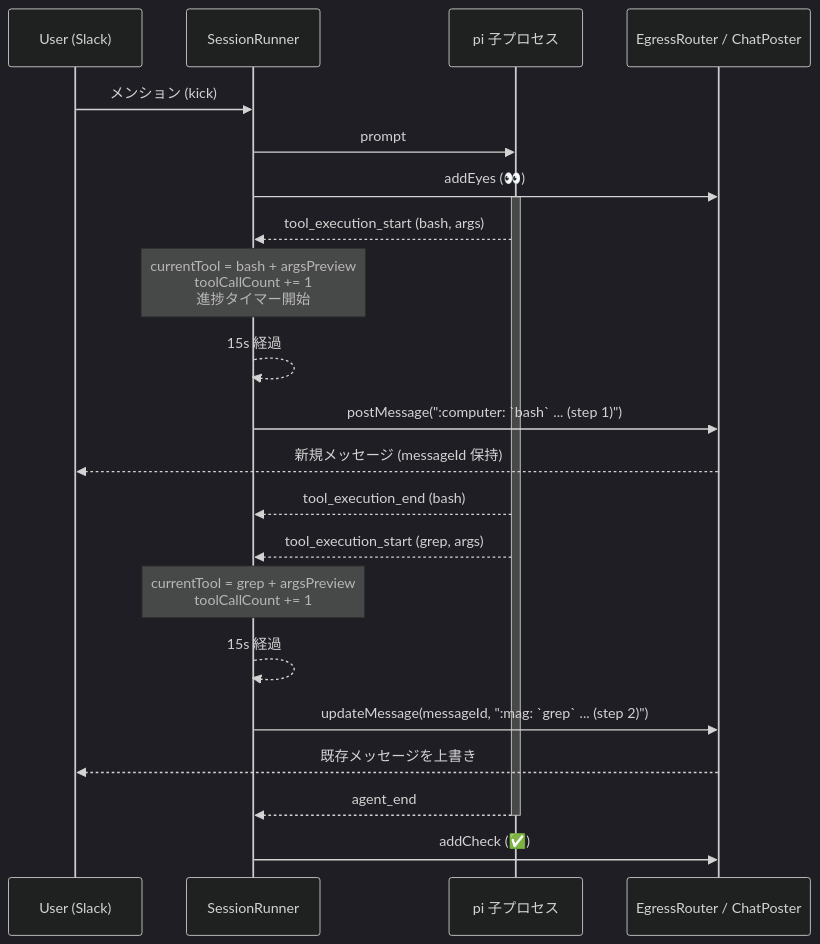
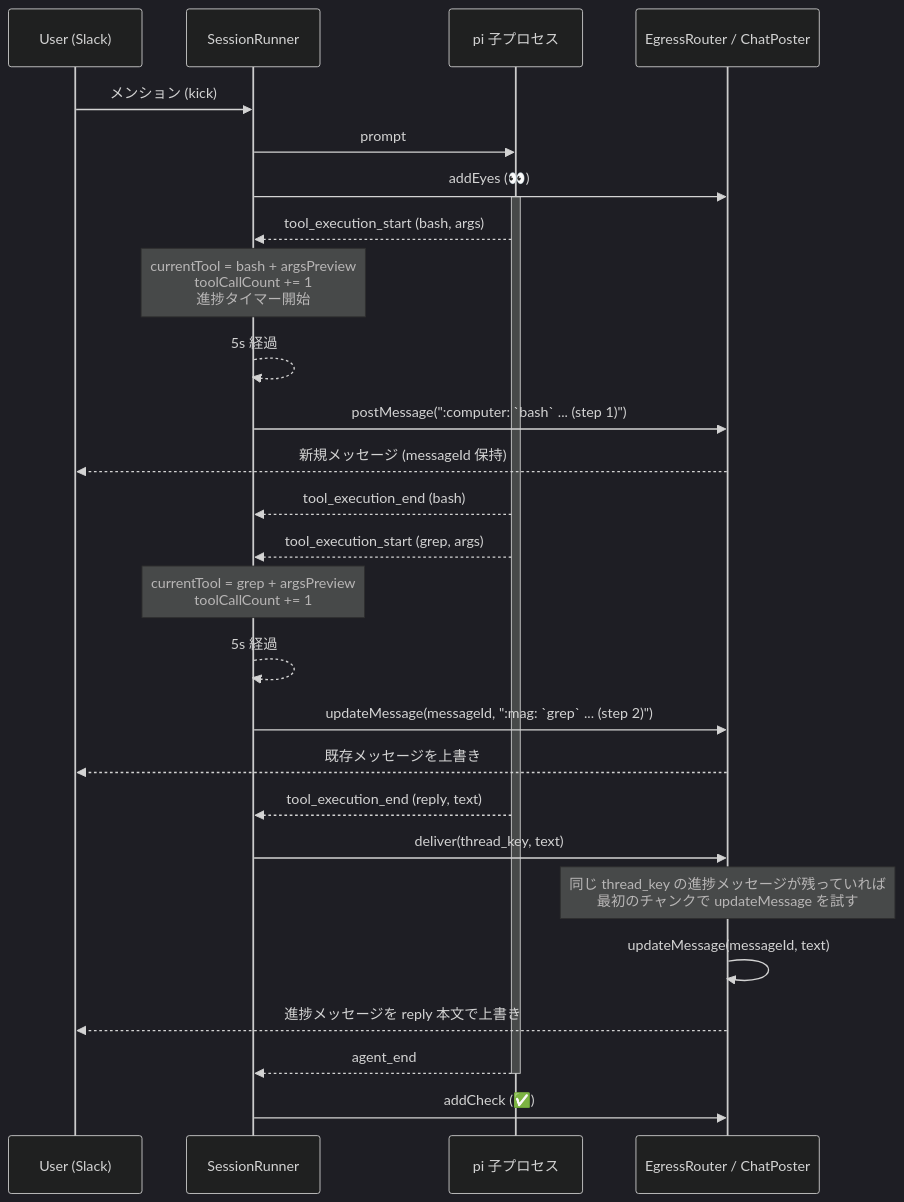
One commit to pokutuna/pi-chat-runner changed the diagram in docs/design/progress-notice.md. Above: the diagram before and after it, drawn with Mermaid (dark theme). The commit also changed other lines of this file and 6 other files, not shown here.

````diff
--- a/docs/design/progress-notice.md
+++ b/docs/design/progress-notice.md
@@ -50,26 +50,31 @@
 ```mermaid
 sequenceDiagram
     participant U as User (Slack)
     participant R as SessionRunner
     participant P as pi 子プロセス
     participant E as EgressRouter / ChatPoster
 
     U->>R: メンション (kick)
     R->>P: prompt
     R->>E: addEyes (👀)
     activate P
     P-->>R: tool_execution_start (bash, args)
     Note over R: currentTool = bash + argsPreview<br/>toolCallCount += 1<br/>進捗タイマー開始
-    R-->>R: 15s 経過
+    R-->>R: 5s 経過
     R->>E: postMessage(":computer: `bash` ... (step 1)")
     E-->>U: 新規メッセージ (messageId 保持)
     P-->>R: tool_execution_end (bash)
     P-->>R: tool_execution_start (grep, args)
     Note over R: currentTool = grep + argsPreview<br/>toolCallCount += 1
-    R-->>R: 15s 経過
+    R-->>R: 5s 経過
     R->>E: updateMessage(messageId, ":mag: `grep` ... (step 2)")
     E-->>U: 既存メッセージを上書き
+    P-->>R: tool_execution_end (reply, text)
+    R->>E: deliver(thread_key, text)
+    Note over E: 同じ thread_key の進捗メッセージが残っていれば<br/>最初のチャンクで updateMessage を試す
+    E->>E: updateMessage(messageId, text)
+    E-->>U: 進捗メッセージを reply 本文で上書き
     P-->>R: agent_end
     deactivate P
     R->>E: addCheck (✅)
 ```
````
